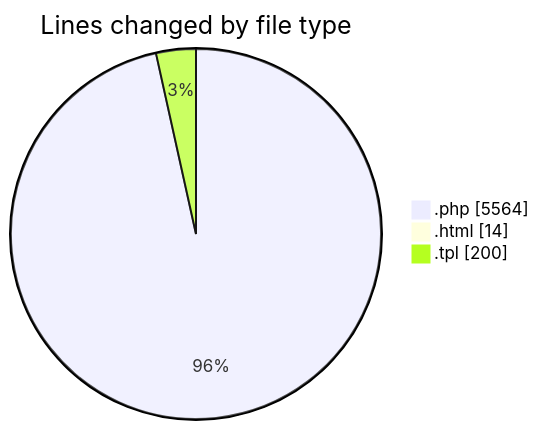
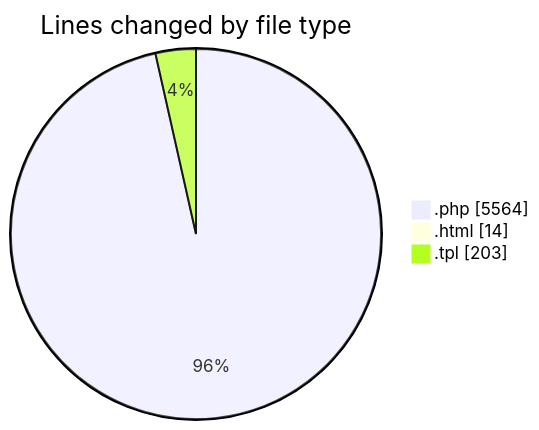
One commit to vahidmafi/code-tracking changed the first of 2 diagrams in 2025-09-13/shop/README.md. Above: the diagram before and after it, drawn with Mermaid. The commit also changed other lines of this file and 1 other file, not shown here.

````diff
--- a/2025-09-13/shop/README.md
+++ b/2025-09-13/shop/README.md
@@ -25,7 +25,7 @@
 ```mermaid
 pie showData
 title Lines changed by file type
 ".php" : 5564
 ".html" : 14
-".tpl" : 200
+".tpl" : 203
 ```
````
